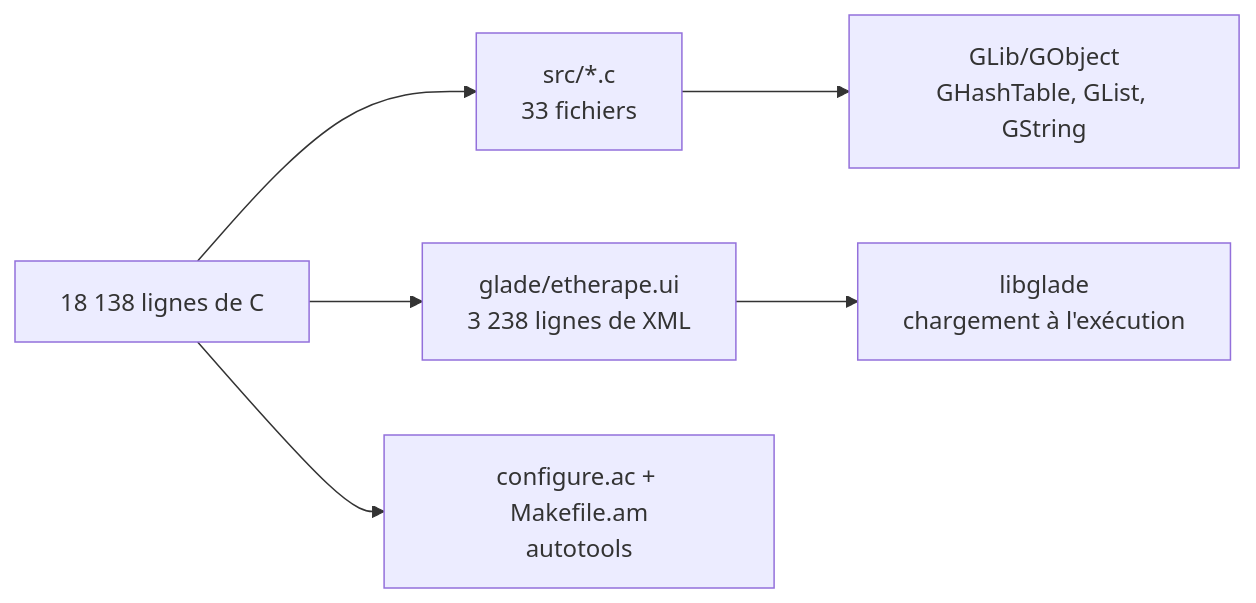
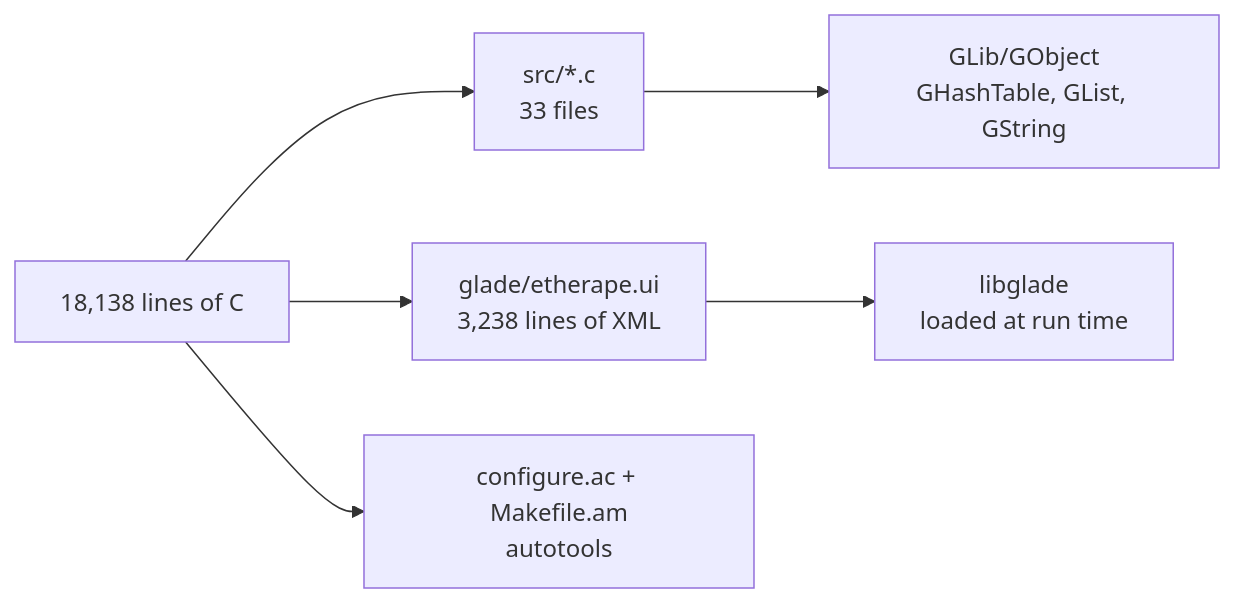
One commit to zx97/etherape2026 changed the first of 3 diagrams in docs/PORTING.md. Above: the diagram before and after it, drawn with Mermaid. The commit also changed other lines of this file and 14 other files, not shown here.

````diff
--- a/docs/PORTING.md
+++ b/docs/PORTING.md
@@ -10,8 +10,8 @@
 ```mermaid
 flowchart LR
-    A[18 138 lignes de C] --> B[src/*.c<br/>33 fichiers]
-    A --> C[glade/etherape.ui<br/>3 238 lignes de XML]
+    A[18,138 lines of C] --> B[src/*.c<br/>33 files]
+    A --> C[glade/etherape.ui<br/>3,238 lines of XML]
     A --> D[configure.ac + Makefile.am<br/>autotools]
     B --> E[GLib/GObject<br/>GHashTable, GList, GString]
-    C --> F[libglade<br/>chargement à l'exécution]
+    C --> F[libglade<br/>loaded at run time]
 ```
````
